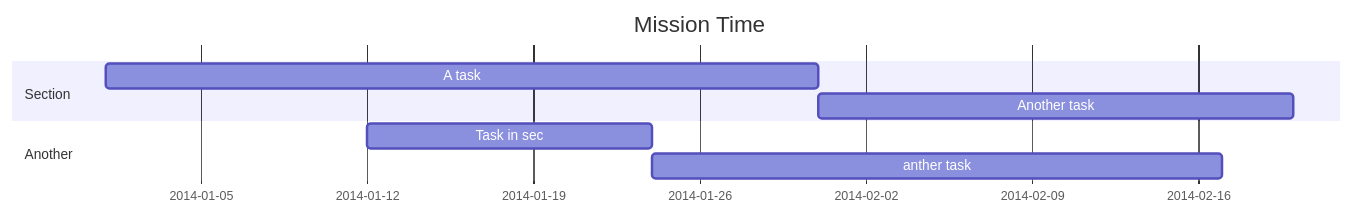
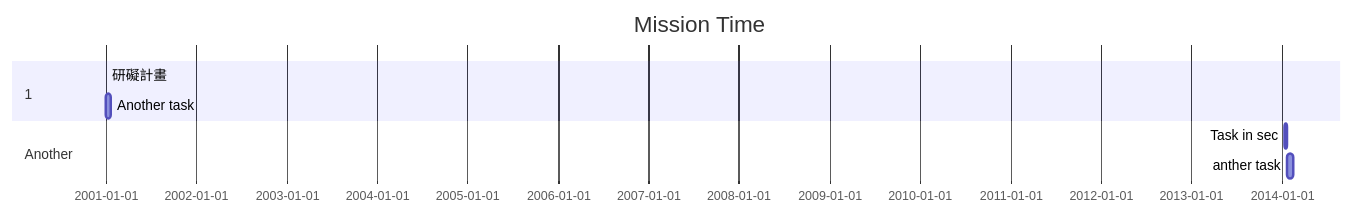
One commit to Landingran/23a changed the diagram in hw2.md. Above: the diagram before and after it, drawn with Mermaid.

````diff
--- a/hw2.md
+++ b/hw2.md
@@ -3,11 +3,11 @@
 ```mermaid
 gantt
     title Mission Time
 
-    section Section
-    A task           :a1, 2014-01-01, 30d
+    section 1  
+    研礙計畫          :a1, 1, 
     Another task     :after a1  , 20d
     section Another
     Task in sec      :2014-01-12  , 12d
     anther task      : 24d
 ```
````
